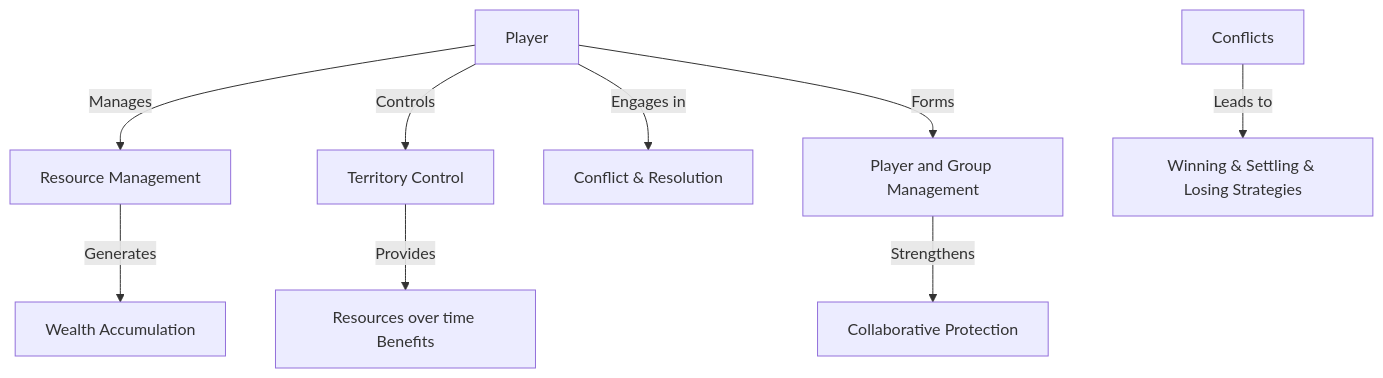
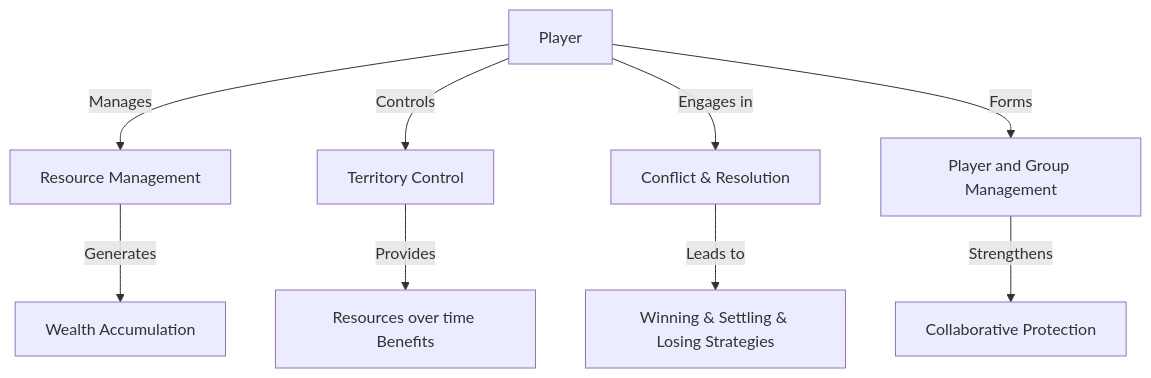
The second of 3 diagrams in README.md (cyberpunk042/wargames-framework), drawn with Mermaid before and after one commit.

````diff
--- a/README.md
+++ b/README.md
@@ -106,11 +106,11 @@
 ```mermaid
 graph TD;
     Player[Player] -->|Manages| Resources[Resource Management]
     Player -->|Controls| Locations[Territory Control]
     Player -->|Engages in| Interactions[Conflict & Resolution]  
     Player -->|Forms| Alliances[Player and Group Management]
     Resources -->|Generates| Wealth[Wealth Accumulation]
     Locations -->|Provides| Advantages[Resources over time Benefits]
-    Conflicts -->|Leads to| Outcomes[Winning & Settling & Losing Strategies]
+    Interactions -->|Leads to| Outcomes[Winning & Settling & Losing Strategies]
     Alliances -->|Strengthens| Defense[Collaborative Protection]
 ```
````
